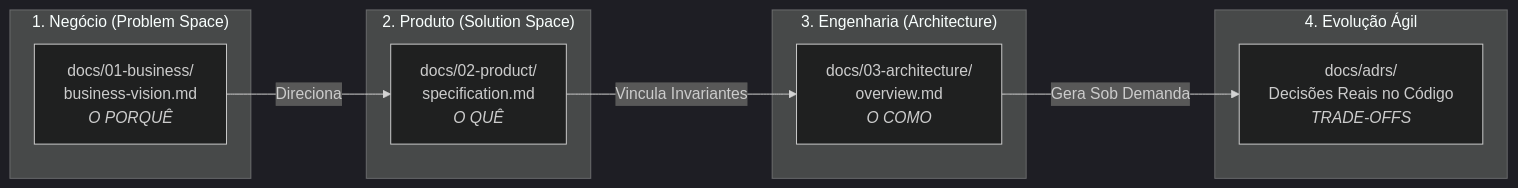
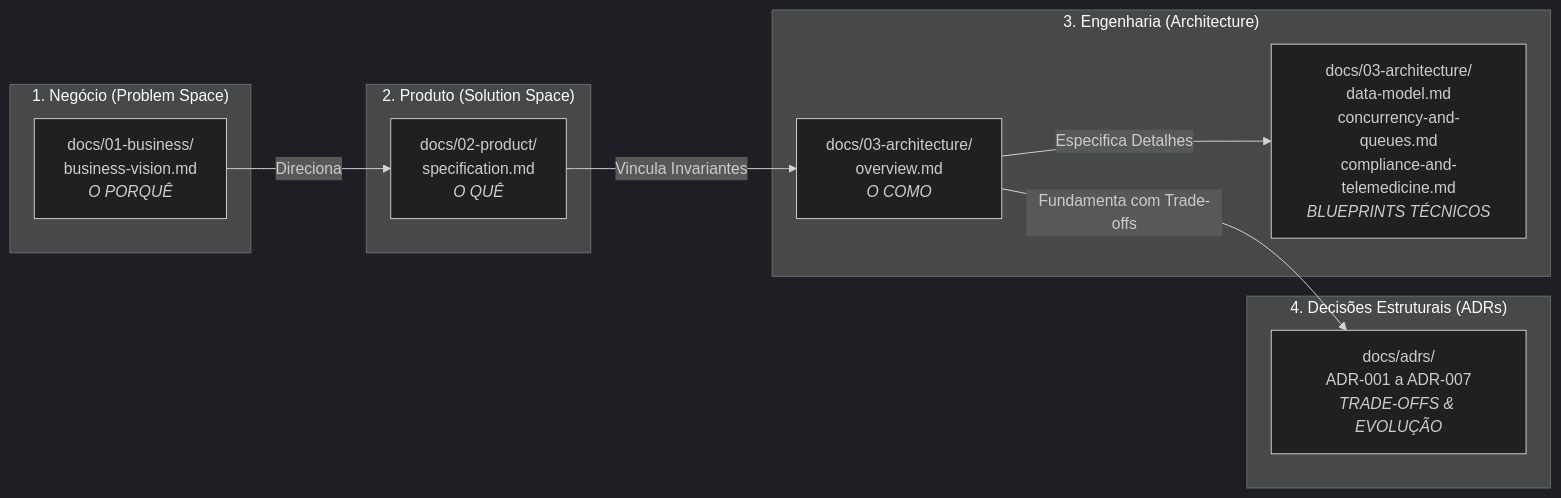
The diagram in docs/README.md (Rafaelp122/medisync), drawn with Mermaid (dark theme) before and after one commit. The commit also changed other lines of this file and 13 other files, not shown here.

Commit message:
docs(architecture): consolidate blueprints, ADRs 001-007, UUIDv7 and RLS security

````diff
--- a/docs/README.md
+++ b/docs/README.md
@@ -7,22 +7,24 @@
 ```mermaid
 flowchart LR
     subgraph P1["1. Negócio (Problem Space)"]
         BV["docs/01-business/<br/>business-vision.md<br/><i>O PORQUÊ</i>"]
     end
 
     subgraph P2["2. Produto (Solution Space)"]
         SP["docs/02-product/<br/>specification.md<br/><i>O QUÊ</i>"]
     end
 
     subgraph P3["3. Engenharia (Architecture)"]
         AR["docs/03-architecture/<br/>overview.md<br/><i>O COMO</i>"]
+        BM["docs/03-architecture/<br/>data-model.md<br/>concurrency-and-queues.md<br/>compliance-and-telemedicine.md<br/><i>BLUEPRINTS TÉCNICOS</i>"]
     end
 
-    subgraph P4["4. Evolução Ágil"]
-        ADR["docs/adrs/<br/>Decisões Reais no Código<br/><i>TRADE-OFFS</i>"]
+    subgraph P4["4. Decisões Estruturais (ADRs)"]
+        ADR["docs/adrs/<br/>ADR-001 a ADR-007<br/><i>TRADE-OFFS & EVOLUÇÃO</i>"]
     end
 
     BV -->|Direciona| SP
     SP -->|Vincula Invariantes| AR
-    AR -->|Gera Sob Demanda| ADR
+    AR -->|Especifica Detalhes| BM
+    AR -->|Fundamenta com Trade-offs| ADR
 ```
````
